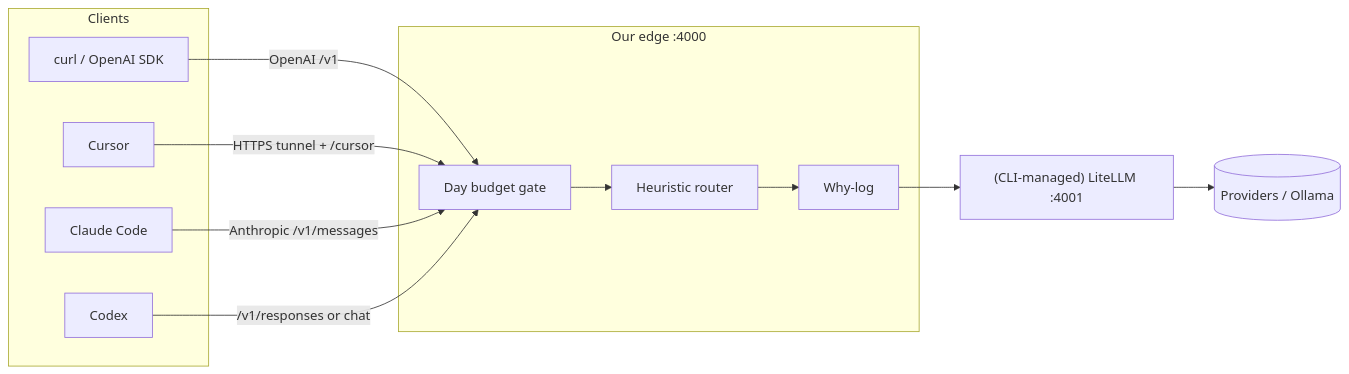
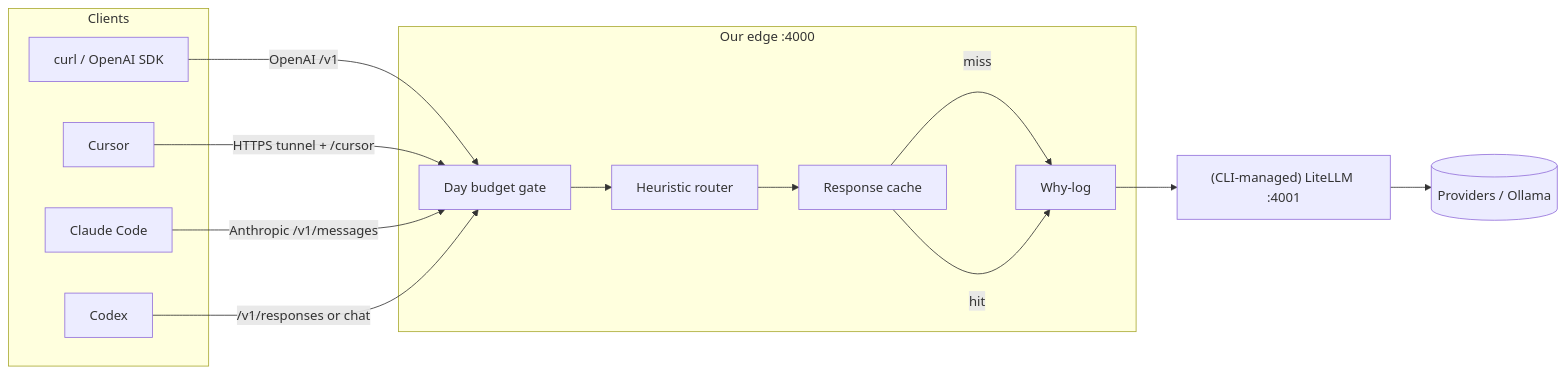
The diagram in README.md (sarjeet2013/harbor-ai-gateway), drawn with Mermaid before and after one commit. The commit also changed other lines of this file and 10 other files, not shown here.

First line of the commit message:
feat: exact response cache with tokens_saved in why-log

````diff
--- a/README.md
+++ b/README.md
@@ -17,25 +17,28 @@
 ```mermaid
 flowchart LR
   subgraph clients [Clients]
     CURL[curl / OpenAI SDK]
     CURSOR[Cursor]
     CC[Claude Code]
     CODEX[Codex]
   end
 
   subgraph edge [Our edge :4000]
     BUDGET[Day budget gate]
     ROUTER[Heuristic router]
+    CACHE[Response cache]
     WHY[Why-log]
   end
 
   LITELLM["(CLI-managed) LiteLLM :4001"]
   UP[(Providers / Ollama)]
 
   CURL -->|OpenAI /v1| BUDGET
   CURSOR -->|HTTPS tunnel + /cursor| BUDGET
   CC -->|Anthropic /v1/messages| BUDGET
   CODEX -->|/v1/responses or chat| BUDGET
 
-  BUDGET --> ROUTER --> WHY --> LITELLM --> UP
+  BUDGET --> ROUTER --> CACHE
+  CACHE -->|miss| WHY --> LITELLM --> UP
+  CACHE -->|hit| WHY
 ```
````
